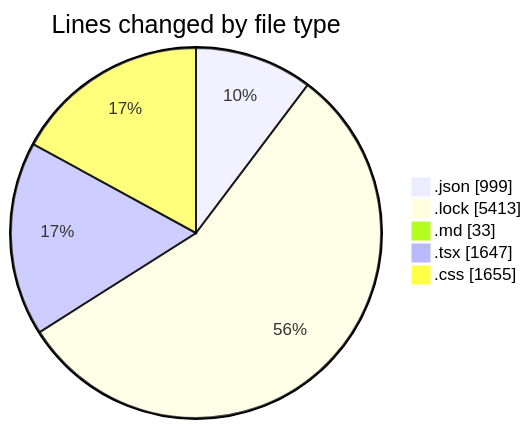
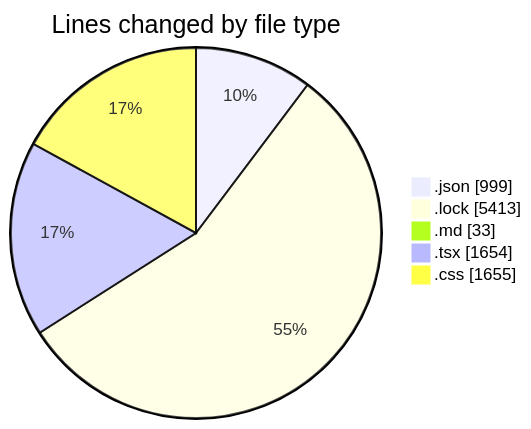
One commit to EIIisD/code-tracking changed the first of 2 diagrams in 2025-08-11/ribbon/README.md. Above: the diagram before and after it, drawn with Mermaid. The commit also changed other lines of this file and 1 other file, not shown here.

````diff
--- a/2025-08-11/ribbon/README.md
+++ b/2025-08-11/ribbon/README.md
@@ -40,9 +40,9 @@
 ```mermaid
 pie showData
 title Lines changed by file type
 ".json" : 999
 ".lock" : 5413
 ".md" : 33
-".tsx" : 1647
+".tsx" : 1654
 ".css" : 1655
 ```
````
